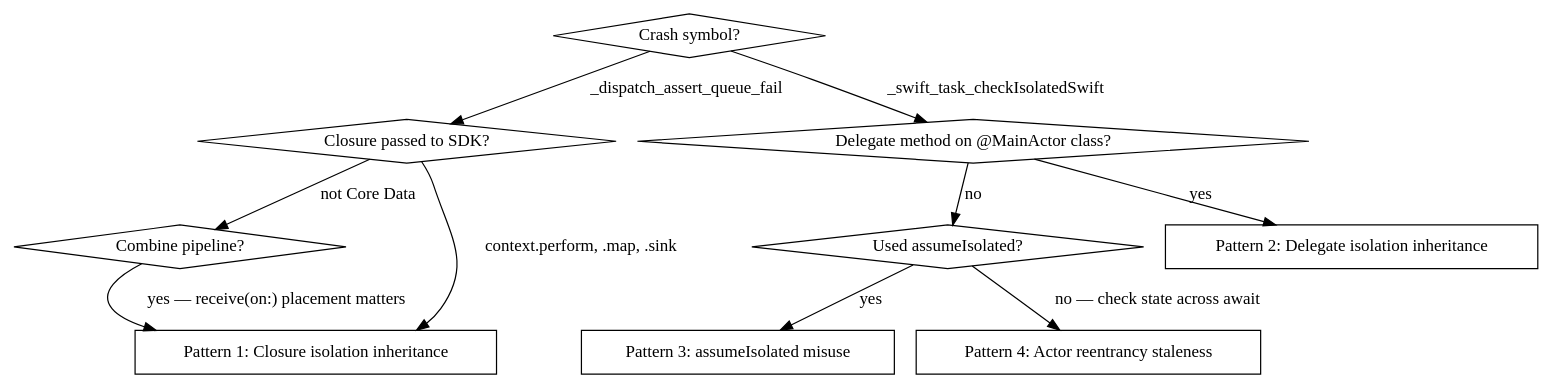
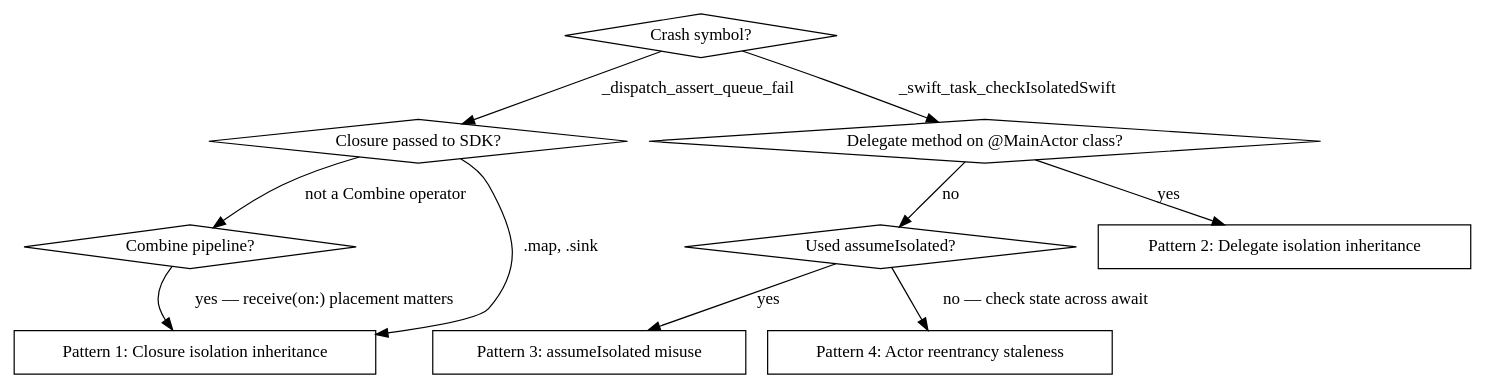
One commit to CharlesWiltgen/Axiom changed the diagram in .claude-plugin/plugins/axiom/skills/axiom-concurrency/skills/isolation-inheritance-diag.md. Above: the diagram before and after it, drawn with Graphviz. The commit also changed other lines of this file and 27 other files, not shown here.

````diff
--- a/.claude-plugin/plugins/axiom/skills/axiom-concurrency/skills/isolation-inheritance-diag.md
+++ b/.claude-plugin/plugins/axiom/skills/axiom-concurrency/skills/isolation-inheritance-diag.md
@@ -38,26 +38,26 @@
 ```dot
 digraph diag {
     "Crash symbol?" [shape=diamond];
     "Closure passed to SDK?" [shape=diamond];
     "Delegate method on @MainActor class?" [shape=diamond];
     "Combine pipeline?" [shape=diamond];
     "Used assumeIsolated?" [shape=diamond];
 
     "Pattern 1: Closure isolation inheritance" [shape=box];
     "Pattern 2: Delegate isolation inheritance" [shape=box];
     "Pattern 3: assumeIsolated misuse" [shape=box];
     "Pattern 4: Actor reentrancy staleness" [shape=box];
 
     "Crash symbol?" -> "Closure passed to SDK?" [label="_dispatch_assert_queue_fail"];
     "Crash symbol?" -> "Delegate method on @MainActor class?" [label="_swift_task_checkIsolatedSwift"];
 
-    "Closure passed to SDK?" -> "Pattern 1: Closure isolation inheritance" [label="context.perform, .map, .sink"];
-    "Closure passed to SDK?" -> "Combine pipeline?" [label="not Core Data"];
+    "Closure passed to SDK?" -> "Pattern 1: Closure isolation inheritance" [label=".map, .sink"];
+    "Closure passed to SDK?" -> "Combine pipeline?" [label="not a Combine operator"];
     "Combine pipeline?" -> "Pattern 1: Closure isolation inheritance" [label="yes — receive(on:) placement matters"];
 
     "Delegate method on @MainActor class?" -> "Pattern 2: Delegate isolation inheritance" [label="yes"];
     "Delegate method on @MainActor class?" -> "Used assumeIsolated?" [label="no"];
     "Used assumeIsolated?" -> "Pattern 3: assumeIsolated misuse" [label="yes"];
     "Used assumeIsolated?" -> "Pattern 4: Actor reentrancy staleness" [label="no — check state across await"];
 }
 ```
````
